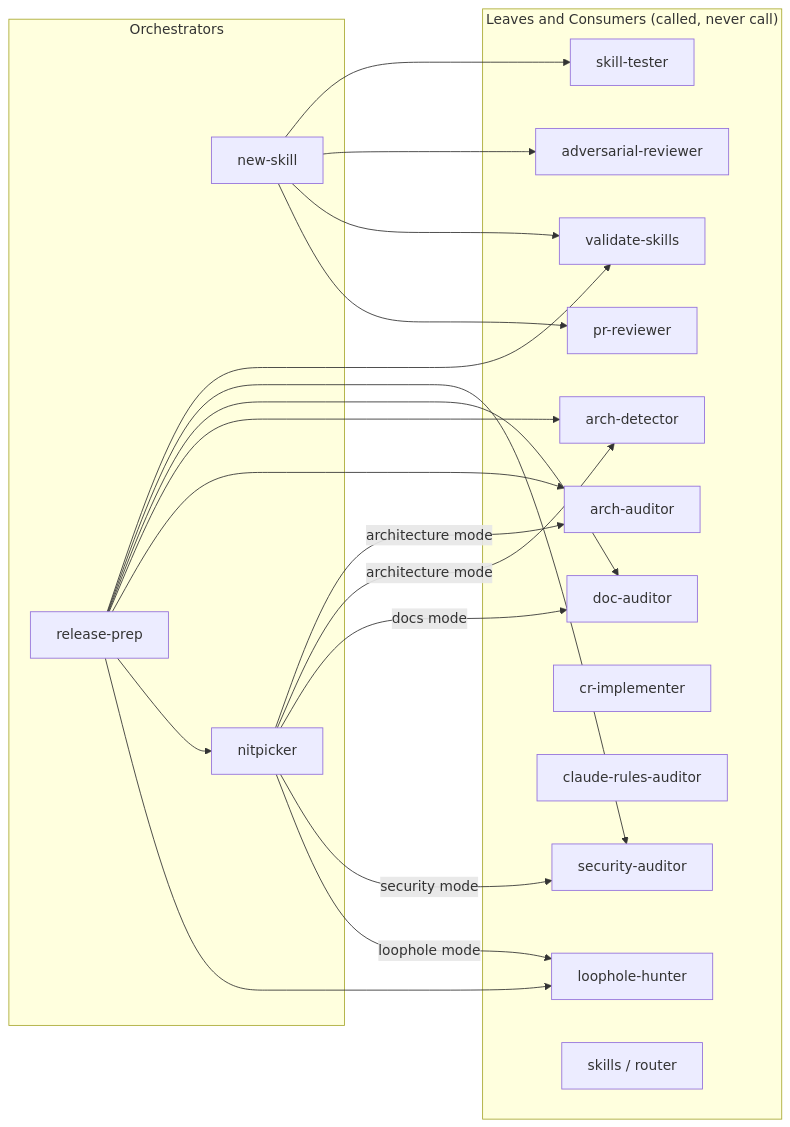
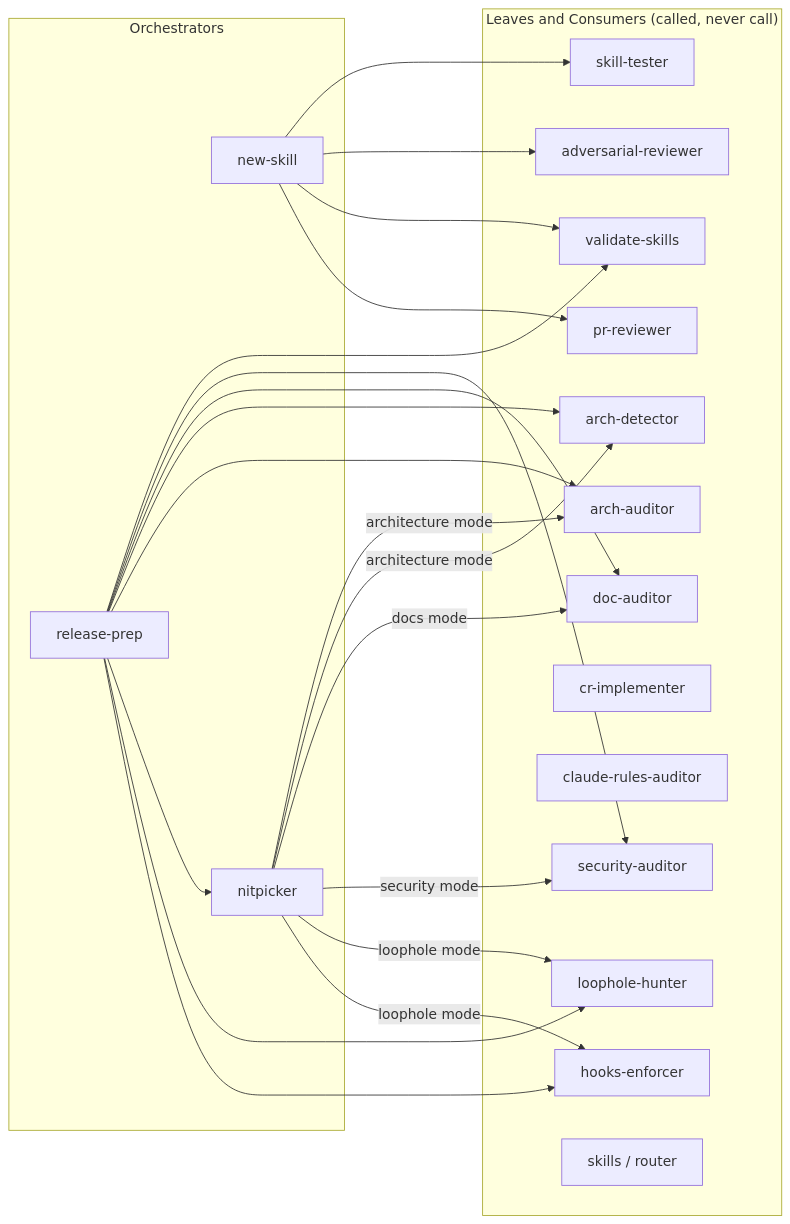
The sixth of 6 diagrams in .claude/skills/README.md (ivuorinen/skills), drawn with Mermaid before and after one commit. The commit also changed other lines of this file and 10 other files, not shown here.

Commit message:
feat: add hooks-enforcer skill (#28)

````diff
--- a/.claude/skills/README.md
+++ b/.claude/skills/README.md
@@ -268,42 +281,45 @@
 ```mermaid
 graph LR
     subgraph orchestrators["Orchestrators"]
         NS[new-skill]
         RP[release-prep]
         NP[nitpicker]
     end
 
     subgraph leaves["Leaves and Consumers (called, never call)"]
         AR[adversarial-reviewer]
         VS[validate-skills]
         AD[arch-detector]
         AA[arch-auditor]
         DA[doc-auditor]
         PR[pr-reviewer]
         SA[security-auditor]
         CRI[cr-implementer]
         CRA[claude-rules-auditor]
         LH[loophole-hunter]
+        HE[hooks-enforcer]
         ST[skill-tester]
         SK[skills / router]
     end
 
     NS --> ST
     NS --> AR
     NS --> VS
     NS --> PR
 
     RP --> VS
     RP --> SA
     RP --> DA
     RP --> AD
     RP --> AA
     RP --> NP
     RP --> LH
+    RP --> HE
 
     NP -->|architecture mode| AA
     NP -->|architecture mode| AD
     NP -->|docs mode| DA
     NP -->|security mode| SA
     NP -->|loophole mode| LH
+    NP -->|loophole mode| HE
 ```
````
